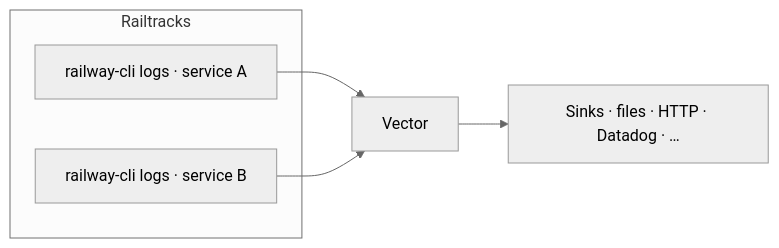
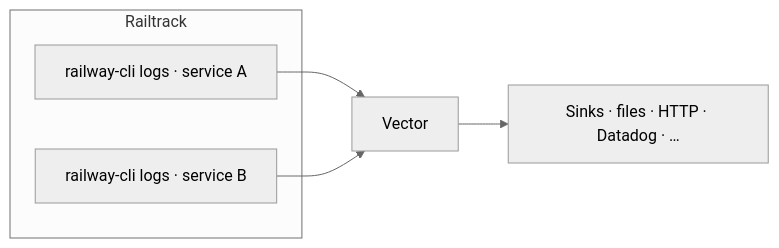
Before and after one commit to darkfadr/railtrack: the diagram in README.md, drawn with Mermaid (neutral theme). The commit also changed other lines of this file and 5 other files, not shown here.

````diff
--- a/README.md
+++ b/README.md
@@ -10,11 +10,11 @@
 ```mermaid
 flowchart LR
-  subgraph railway["Railtracks"]
+  subgraph railway["Railtrack"]
     L1["railway-cli logs · service A"]
     L2["railway-cli logs · service B"]
   end
   V[Vector]
   L1 --> V
   L2 --> V
   V --> Sinks["Sinks · files · HTTP · Datadog · …"]
 ```
````
